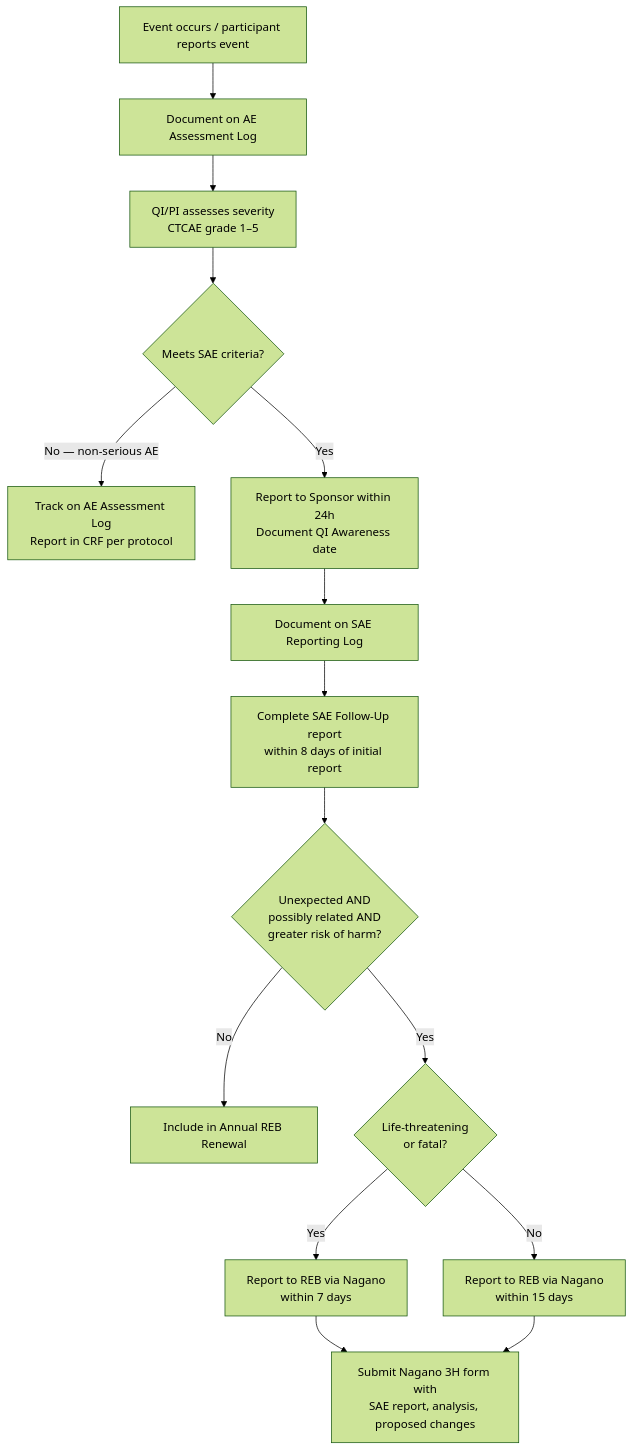
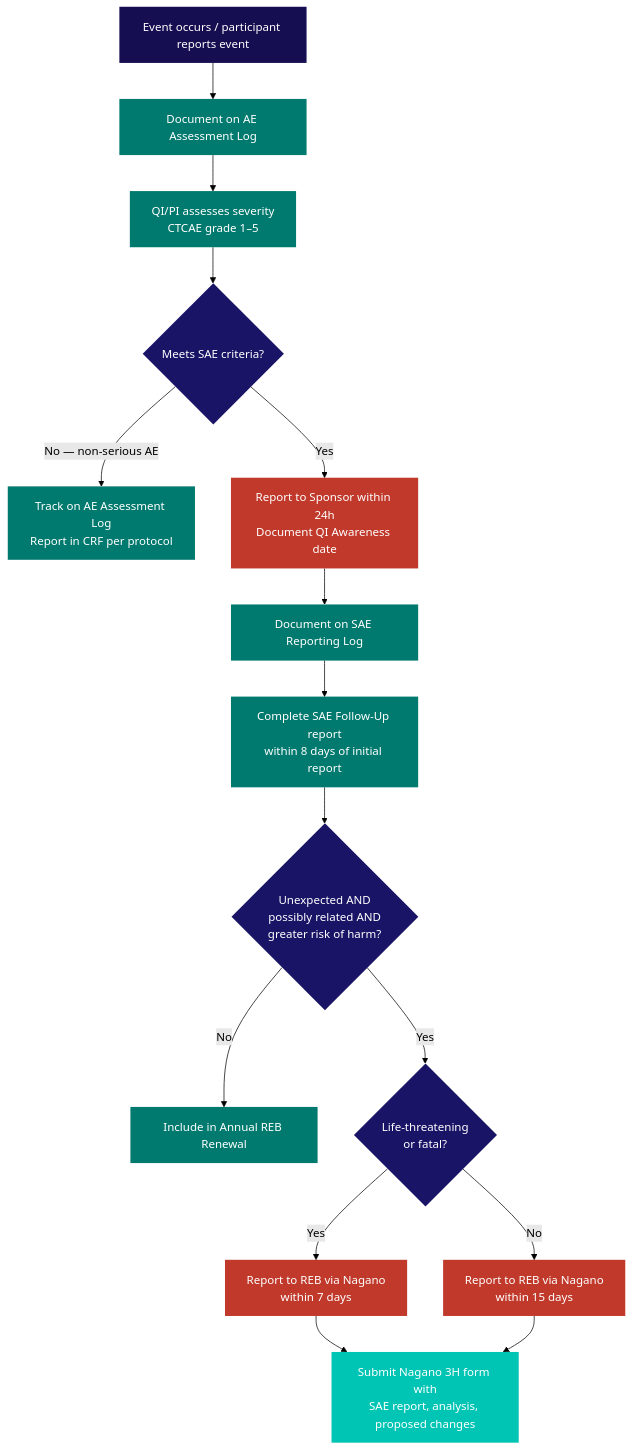
One commit to matthewfiorentino/docs changed the diagram in sops/cr-012.mdx. Above: the diagram before and after it, drawn with Mermaid (forest theme). The commit also changed 14 other files, not shown here.

````diff
--- a/sops/cr-012.mdx
+++ b/sops/cr-012.mdx
@@ -43,17 +43,32 @@
 ```mermaid
 flowchart TD
     A[Event occurs / participant reports event] --> B[Document on AE Assessment Log]
     B --> C[QI/PI assesses severity\nCTCAE grade 1–5]
     C --> D{Meets SAE criteria?}
     D -->|No — non-serious AE| E[Track on AE Assessment Log\nReport in CRF per protocol]
     D -->|Yes| F[Report to Sponsor within 24h\nDocument QI Awareness date]
     F --> G[Document on SAE Reporting Log]
     G --> H[Complete SAE Follow-Up report\nwithin 8 days of initial report]
     H --> I{Unexpected AND\npossibly related AND\ngreater risk of harm?}
     I -->|No| J[Include in Annual REB Renewal]
     I -->|Yes| K{Life-threatening\nor fatal?}
     K -->|Yes| L[Report to REB via Nagano\nwithin 7 days]
     K -->|No| M[Report to REB via Nagano\nwithin 15 days]
     L --> N[Submit Nagano 3H form with\nSAE report, analysis, proposed changes]
     M --> N
+
+    style A fill:#150e51,color:#fff,stroke:none
+    style B fill:#007a6e,color:#fff,stroke:none
+    style C fill:#007a6e,color:#fff,stroke:none
+    style D fill:#1a1466,color:#fff,stroke:none
+    style E fill:#007a6e,color:#fff,stroke:none
+    style F fill:#c0392b,color:#fff,stroke:none
+    style G fill:#007a6e,color:#fff,stroke:none
+    style H fill:#007a6e,color:#fff,stroke:none
+    style I fill:#1a1466,color:#fff,stroke:none
+    style J fill:#007a6e,color:#fff,stroke:none
+    style K fill:#1a1466,color:#fff,stroke:none
+    style L fill:#c0392b,color:#fff,stroke:none
+    style M fill:#c0392b,color:#fff,stroke:none
+    style N fill:#00c4b4,color:#fff,stroke:none
 ```
````
